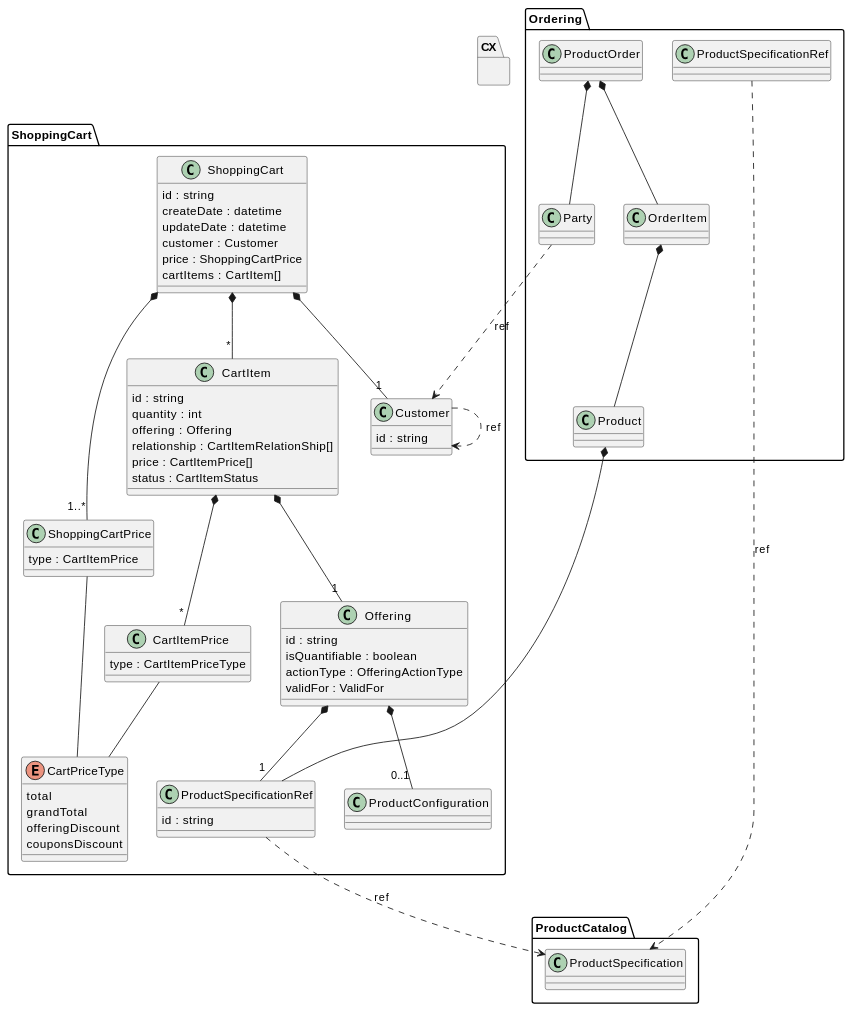
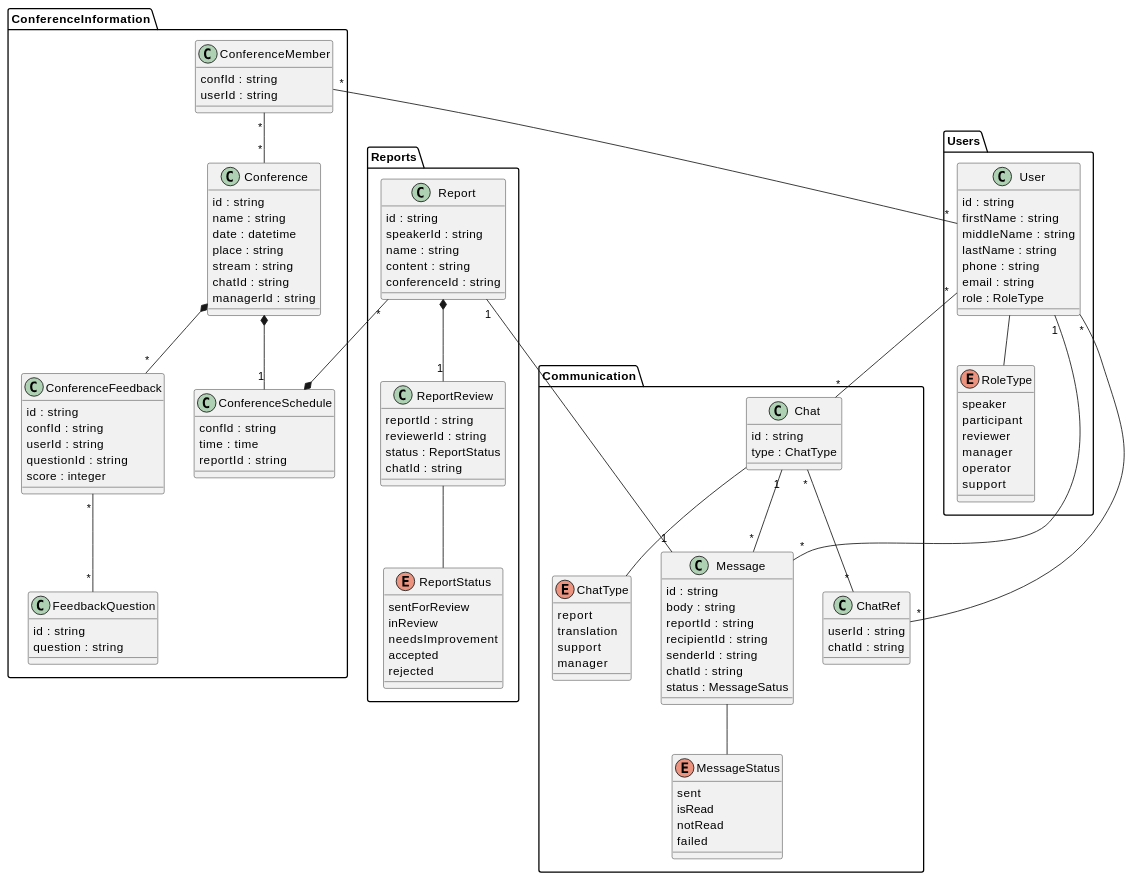
Before and after one commit to Tracy946/Architecture-school: the diagram in docs/data/data.md, drawn with PlantUML. The commit also changed 2 other files, not shown here.

Commit message:
Module_03

````diff
--- a/docs/data/data.md
+++ b/docs/data/data.md
@@ -8,89 +8,165 @@
 ```plantuml
 @startuml
-' Логическая модель данных в варианте UML Class Diagram (альтернатива ER-диаграмме).
-namespace ShoppingCart {
+namespace ConferenceInformation {
 
- class ShoppingCart
+ 
+ class Conference
  {
   id : string
-  createDate : datetime
-  updateDate : datetime
-  customer : Customer
-  price : ShoppingCartPrice
-  cartItems : CartItem[]
+  name : string
+  date : datetime
+  place : string
+  stream : string
+  chatId : string
+  managerId : string
  }
 
- class ShoppingCartPrice
+ class ConferenceSchedule
  {
-  type : CartItemPrice
- }
- class CartItemPrice
- {
-  type : CartItemPriceType
+  confId : string
+  time : time
+  reportId : string
  }
 
- enum CartPriceType
+ class ConferenceMember
  {
-  total
-  grandTotal
-  offeringDiscount
-  couponsDiscount
+  confId : string
+  userId : string
  }
 
- class CartItem
+ class ConferenceFeedback
  {
   id : string
-  quantity : int
-  offering : Offering
-  relationship : CartItemRelationShip[]
-  price : CartItemPrice[]
-  status : CartItemStatus
+  confId : string
+  userId : string
+  questionId : string
+  score : integer
  }
 
-  class Customer
+ class FeedbackQuestion
  {
   id : string
+  question : string
+ }
+
+
+ Conference *-- "1" ConferenceSchedule
+ ConferenceMember "*"--"*" Conference
+ ConferenceFeedback "*"--"*" FeedbackQuestion
+ Conference *-- "*" ConferenceFeedback
+
+}
+
+ ConferenceInformation.ConferenceMember "*"--"*" Users.User
+
+
+namespace Users{
+class User
+ {
+  id : string
+  firstName : string
+  middleName : string
+  lastName : string
+  phone : string
+  email : string
+  role : RoleType
+ }
+
+ enum RoleType
+ {
+  speaker
+  participant
+  reviewer
+  manager
+  operator
+  support
+ }
+ User -- RoleType
+
+}
+
+namespace Reports {
+ class Report
+ {
+  id : string
+  speakerId : string
+  name : string
+  content : string
+  conferenceId : string
+ }
+
+  class ReportReview
+ {
+  reportId : string
+  reviewerId : string
+  status : ReportStatus
+  chatId : string
  }
  
- class Offering
+ enum ReportStatus
+ {
+  sentForReview
+  inReview
+  needsImprovement
+  accepted
+  rejected
+ }
+ ReportReview -- ReportStatus
+ Report *--"1" ReportReview
+ Reports.Report "*"--* ConferenceInformation.ConferenceSchedule
+
+}
+
+
+namespace Communication {
+  class Chat
  {
   id : string
-  isQuantifiable : boolean
-  actionType : OfferingActionType
-  validFor : ValidFor
+  type : ChatType
  }
-  
- class ProductSpecificationRef
+
+ enum ChatType
+ {
+  report
+  translation
+  support
+  manager
+ }
+
+  class Message
  {
   id : string
+  body : string
+  reportId : string
+  recipientId : string
+  senderId : string
+  chatId : string
+  status : MessageSatus
  }
- 
- ShoppingCart *-- "1..*" ShoppingCartPrice
- ShoppingCartPrice -- CartPriceType
- ShoppingCart *-- "*" CartItem
- CartItem *-- "*" CartItemPrice
- CartItemPrice -- CartPriceType
- CartItem *-- "1" Offering
- Offering *-- "1" ProductSpecificationRef
- Offering *-- "0..1" ProductConfiguration
- ShoppingCart *-- "1" Customer
-}
 
-namespace Ordering {
- ProductOrder *-- OrderItem
- OrderItem *-- Product
- Product *-- ProductSpecificationRef
- ProductOrder *-- Party
-}
+ enum MessageStatus
+ {
+  sent
+  isRead
+  notRead
+  failed
+ }
 
-namespace ProductCatalog {
- ShoppingCart.ProductSpecificationRef ..> ProductSpecification : ref
- Ordering.ProductSpecificationRef ..> ProductSpecification : ref
-}
+  class ChatRef
+ {
+  userId : string
+  chatId : string
+ }
 
-namespace CX {
- ShoppingCart.Customer ..> Customer : ref
- Ordering.Party ..> Customer : ref
+ Chat -- ChatType
+ Chat "1"--"*" Message
+ Users.User "*"--"*" Chat
+ Users.User "1"--"*" Message
+ Reports.Report "1"--"1" Message
+ Users.User "*"--"*" ChatRef
+ Chat "*"--"*" ChatRef
+ Message -- MessageStatus
+
 }
 @enduml
 ```
````
